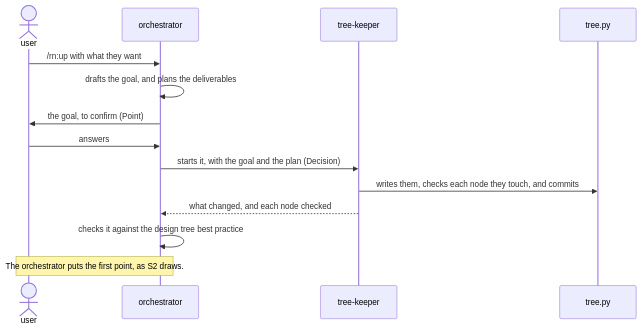
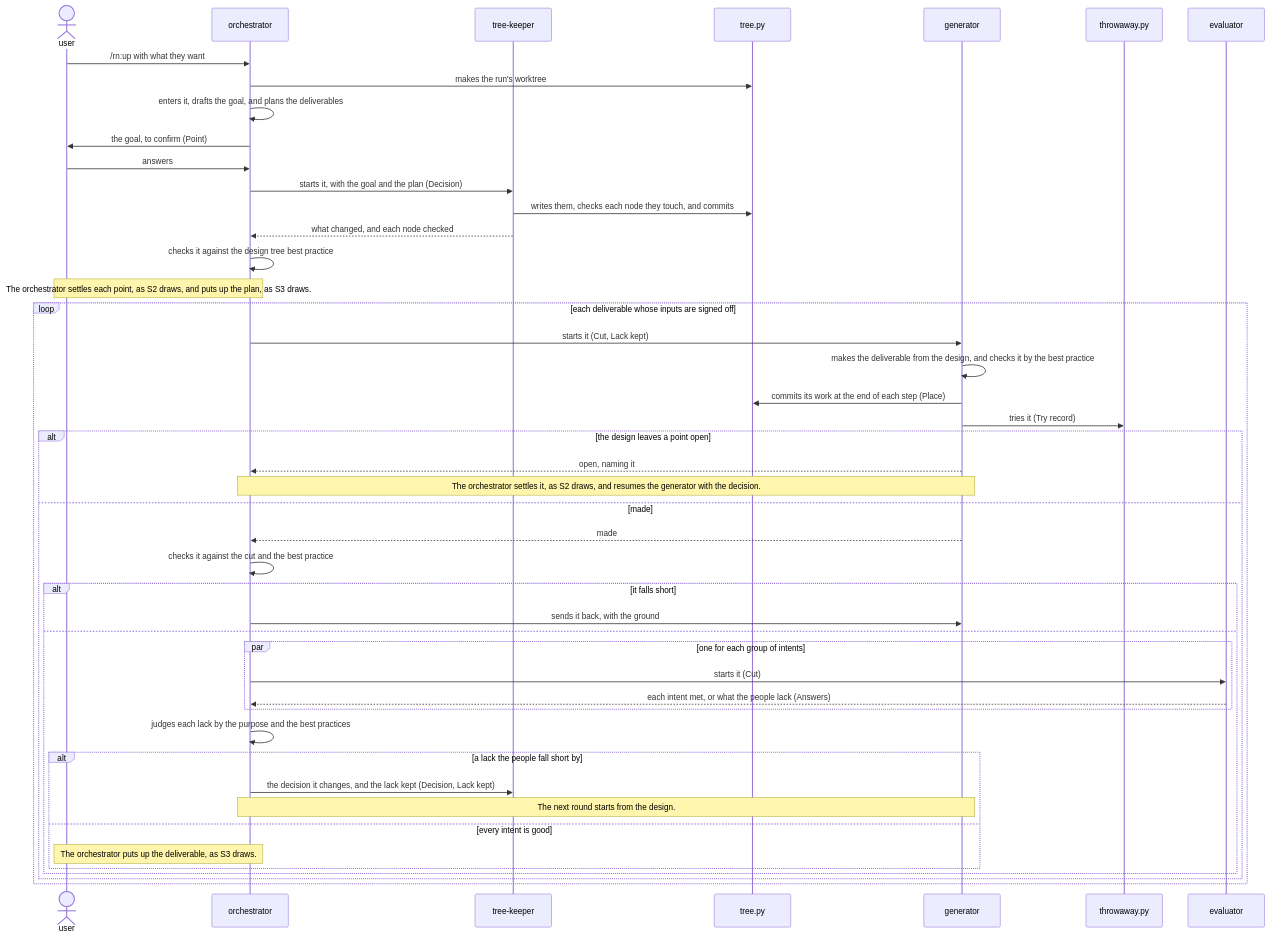
One commit to lovaizu/ccpm changed the first of 6 diagrams in dev/rn/architecture.md. Above: the diagram before and after it, drawn with Mermaid. The commit also changed other lines of this file and 11 other files, not shown here.

````diff
--- a/dev/rn/architecture.md
+++ b/dev/rn/architecture.md
@@ -155,16 +174,48 @@
 ```mermaid
 sequenceDiagram
   actor U as user
   participant O as orchestrator
   participant K as tree-keeper
   participant T as tree.py
+  participant G as generator
+  participant W as throwaway.py
+  participant E as evaluator
   U->>O: /rn:up with what they want
-  O->>O: drafts the goal, and plans the deliverables
+  O->>T: makes the run's worktree
+  O->>O: enters it, drafts the goal, and plans the deliverables
   O->>U: the goal, to confirm (Point)
   U->>O: answers
   O->>K: starts it, with the goal and the plan (Decision)
   K->>T: writes them, checks each node they touch, and commits
   K-->>O: what changed, and each node checked
   O->>O: checks it against the design tree best practice
-  Note over U,O: The orchestrator puts the first point, as S2 draws.
+  Note over U,O: The orchestrator settles each point, as S2 draws, and puts up the plan, as S3 draws.
+  loop each deliverable whose inputs are signed off
+    O->>G: starts it (Cut, Lack kept)
+    G->>G: makes the deliverable from the design, and checks it by the best practice
+    G->>T: commits its work at the end of each step (Place)
+    G->>W: tries it (Try record)
+    alt the design leaves a point open
+      G-->>O: open, naming it
+      Note over O,G: The orchestrator settles it, as S2 draws, and resumes the generator with the decision.
+    else made
+      G-->>O: made
+      O->>O: checks it against the cut and the best practice
+      alt it falls short
+        O->>G: sends it back, with the ground
+      else
+        par one for each group of intents
+          O->>E: starts it (Cut)
+          E-->>O: each intent met, or what the people lack (Answers)
+        end
+        O->>O: judges each lack by the purpose and the best practices
+        alt a lack the people fall short by
+          O->>K: the decision it changes, and the lack kept (Decision, Lack kept)
+          Note over O,G: The next round starts from the design.
+        else every intent is good
+          Note over U,O: The orchestrator puts up the deliverable, as S3 draws.
+        end
+      end
+    end
+  end
 ```
````
